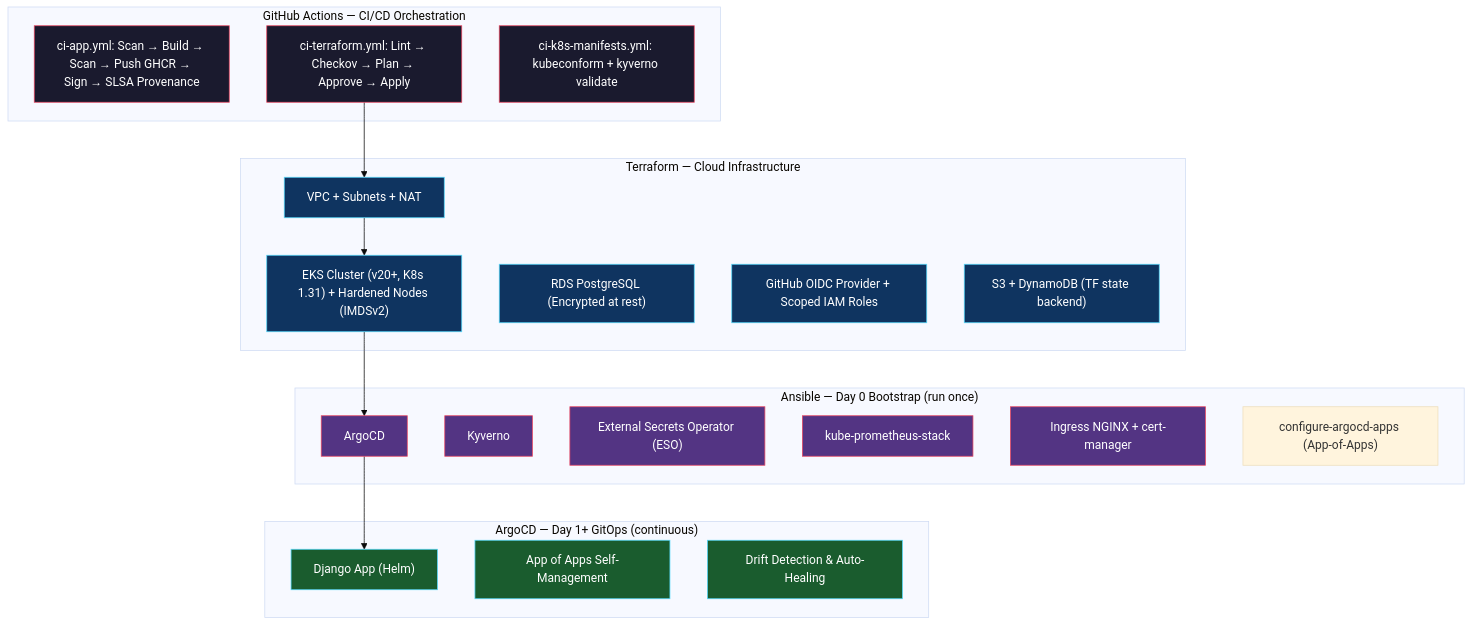
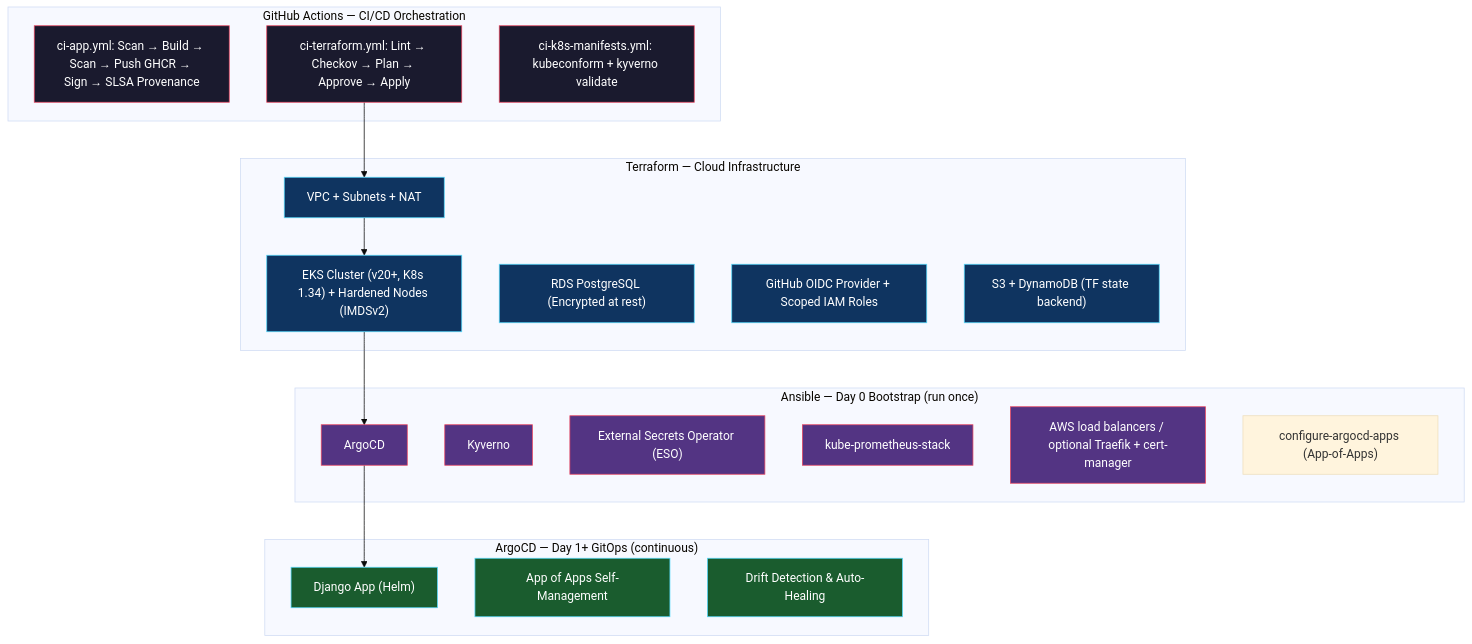
Before and after one commit to h1zardian/devsecops-pipeline-project: the diagram in docs/architecture.md, drawn with Mermaid (base theme). The commit also changed 58 other files, not shown here.

````diff
--- a/docs/architecture.md
+++ b/docs/architecture.md
@@ -3,52 +3,52 @@
 ```mermaid
 graph TD
     subgraph "GitHub Actions — CI/CD Orchestration"
         A1["ci-app.yml: Scan → Build → Scan → Push GHCR → Sign → SLSA Provenance"]
         A2["ci-terraform.yml: Lint → Checkov → Plan → Approve → Apply"]
         A3["ci-k8s-manifests.yml: kubeconform + kyverno validate"]
     end
 
     subgraph "Terraform — Cloud Infrastructure"
         T1["VPC + Subnets + NAT"]
-        T2["EKS Cluster (v20+, K8s 1.31) + Hardened Nodes (IMDSv2)"]
+        T2["EKS Cluster (v20+, K8s 1.34) + Hardened Nodes (IMDSv2)"]
         T3["RDS PostgreSQL (Encrypted at rest)"]
         T4["GitHub OIDC Provider + Scoped IAM Roles"]
         T5["S3 + DynamoDB (TF state backend)"]
     end
 
     subgraph "Ansible — Day 0 Bootstrap (run once)"
         B1["ArgoCD"]
         B2["Kyverno"]
         B3["External Secrets Operator (ESO)"]
         B4["kube-prometheus-stack"]
-        B5["Ingress NGINX + cert-manager"]
+        B5["AWS load balancers / optional Traefik + cert-manager"]
         B6["configure-argocd-apps (App-of-Apps)"]
     end
 
     subgraph "ArgoCD — Day 1+ GitOps (continuous)"
         G1["Django App (Helm)"]
         G2["App of Apps Self-Management"]
         G3["Drift Detection & Auto-Healing"]
     end
 
     A2 --> T1 --> T2
     T2 --> B1
     B1 --> G1
 
     style A1 fill:#1a1a2e,stroke:#e94560,color:#fff
     style A2 fill:#1a1a2e,stroke:#e94560,color:#fff
     style A3 fill:#1a1a2e,stroke:#e94560,color:#fff
     style T1 fill:#0f3460,stroke:#53d8fb,color:#fff
     style T2 fill:#0f3460,stroke:#53d8fb,color:#fff
     style T3 fill:#0f3460,stroke:#53d8fb,color:#fff
     style T4 fill:#0f3460,stroke:#53d8fb,color:#fff
     style T5 fill:#0f3460,stroke:#53d8fb,color:#fff
     style B1 fill:#533483,stroke:#e94560,color:#fff
     style B2 fill:#533483,stroke:#e94560,color:#fff
     style B3 fill:#533483,stroke:#e94560,color:#fff
     style B4 fill:#533483,stroke:#e94560,color:#fff
     style B5 fill:#533483,stroke:#e94560,color:#fff
     style G1 fill:#1a5c2e,stroke:#53d8fb,color:#fff
     style G2 fill:#1a5c2e,stroke:#53d8fb,color:#fff
     style G3 fill:#1a5c2e,stroke:#53d8fb,color:#fff
 ```
````
